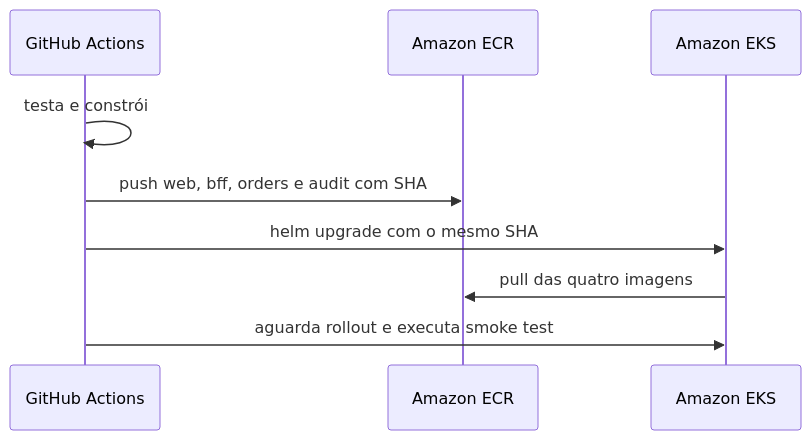
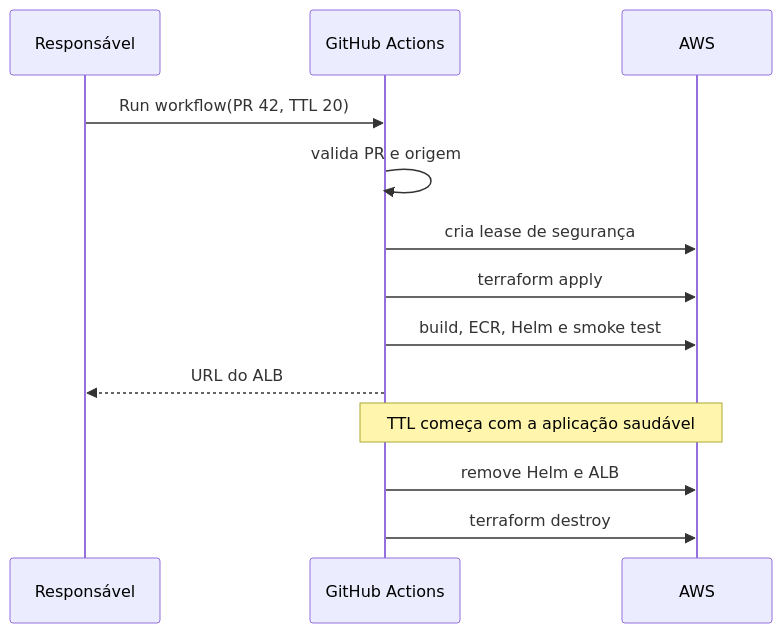
The second of 2 diagrams in docs/AWS-DEPLOYMENT.md (WilliamRochaJR/operations-hub), drawn with Mermaid before and after one commit. The commit also changed other lines of this file and 23 other files, not shown here.

````diff
--- a/docs/AWS-DEPLOYMENT.md
+++ b/docs/AWS-DEPLOYMENT.md
@@ -169,11 +114,15 @@
 ```mermaid
 sequenceDiagram
-    participant CI as GitHub Actions
-    participant ECR as Amazon ECR
-    participant EKS as Amazon EKS
-    CI->>CI: testa e constrói
-    CI->>ECR: push web, bff, orders e audit com SHA
-    CI->>EKS: helm upgrade com o mesmo SHA
-    EKS->>ECR: pull das quatro imagens
-    CI->>EKS: aguarda rollout e executa smoke test
+    participant owner as Responsável
+    participant ci as GitHub Actions
+    participant aws as AWS
+    owner->>ci: Run workflow(PR 42, TTL 20)
+    ci->>ci: valida PR e origem
+    ci->>aws: cria lease de segurança
+    ci->>aws: terraform apply
+    ci->>aws: build, ECR, Helm e smoke test
+    ci-->>owner: URL do ALB
+    Note over ci,aws: TTL começa com a aplicação saudável
+    ci->>aws: remove Helm e ALB
+    ci->>aws: terraform destroy
 ```
````
